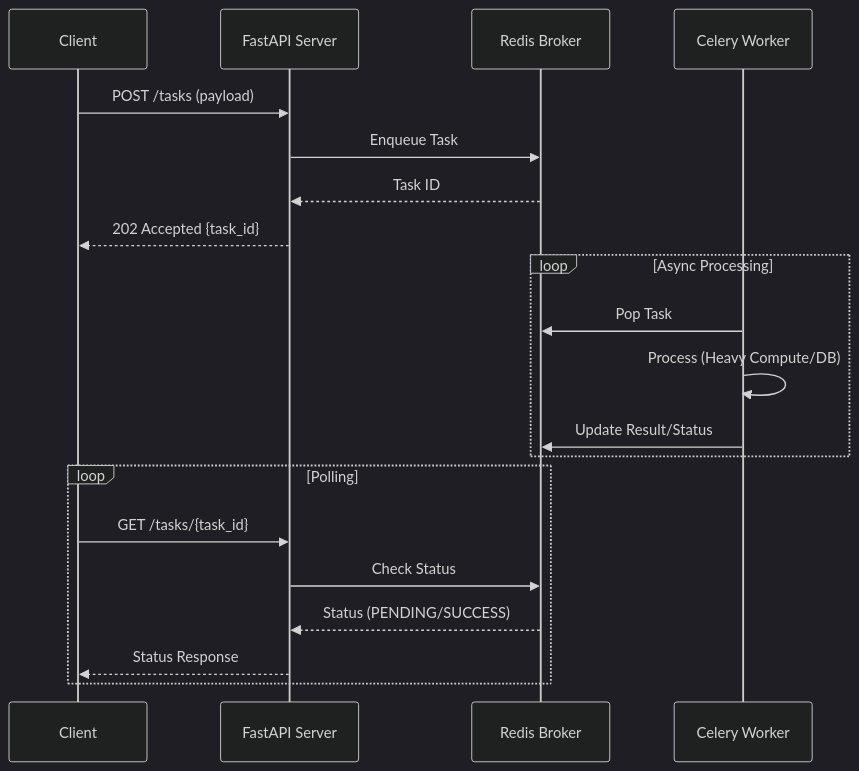
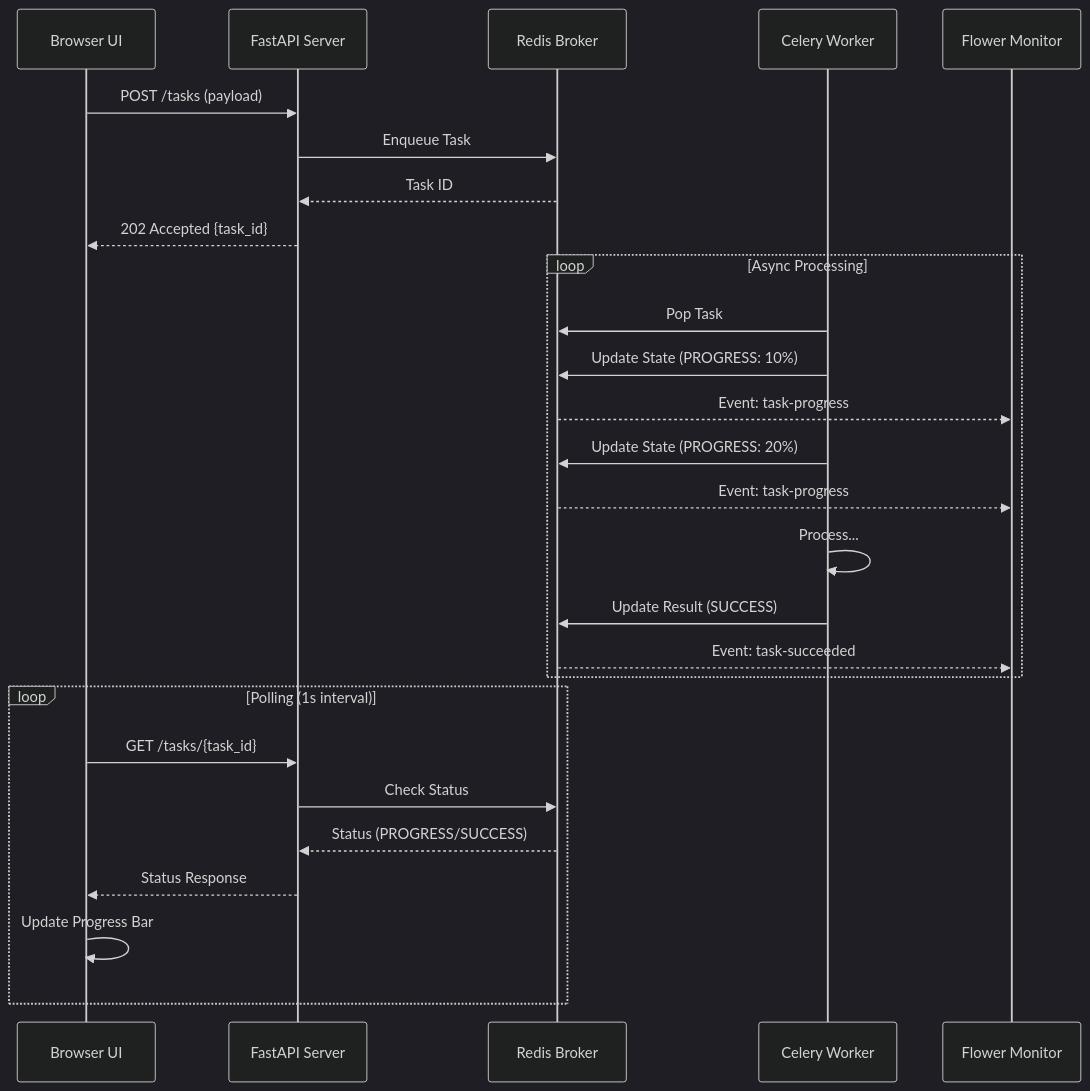
Before and after one commit to naveengarla/long-running-api-demo: the diagram in docs/architecture.md, drawn with Mermaid (dark theme). The commit also changed other lines of this file and 8 other files, not shown here.

Commit message:
feat: add progress streaming, flower monitoring, and updated docs

````diff
--- a/docs/architecture.md
+++ b/docs/architecture.md
@@ -16,25 +16,32 @@
 ```mermaid
 sequenceDiagram
-    participant Client
+    participant Client as Browser UI
     participant API as FastAPI Server
     participant Redis as Redis Broker
     participant Worker as Celery Worker
+    participant Flower as Flower Monitor
 
     Client->>API: POST /tasks (payload)
     API->>Redis: Enqueue Task
     Redis-->>API: Task ID
     API-->>Client: 202 Accepted {task_id}
     
     loop Async Processing
         Worker->>Redis: Pop Task
-        Worker->>Worker: Process (Heavy Compute/DB)
-        Worker->>Redis: Update Result/Status
+        Worker->>Redis: Update State (PROGRESS: 10%)
+        Redis-->>Flower: Event: task-progress
+        Worker->>Redis: Update State (PROGRESS: 20%)
+        Redis-->>Flower: Event: task-progress
+        Worker->>Worker: Process...
+        Worker->>Redis: Update Result (SUCCESS)
+        Redis-->>Flower: Event: task-succeeded
     end
 
-    loop Polling
+    loop Polling (1s interval)
         Client->>API: GET /tasks/{task_id}
         API->>Redis: Check Status
-        Redis-->>API: Status (PENDING/SUCCESS)
+        Redis-->>API: Status (PROGRESS/SUCCESS)
         API-->>Client: Status Response
+        Client->>Client: Update Progress Bar
     end
 ```
````
